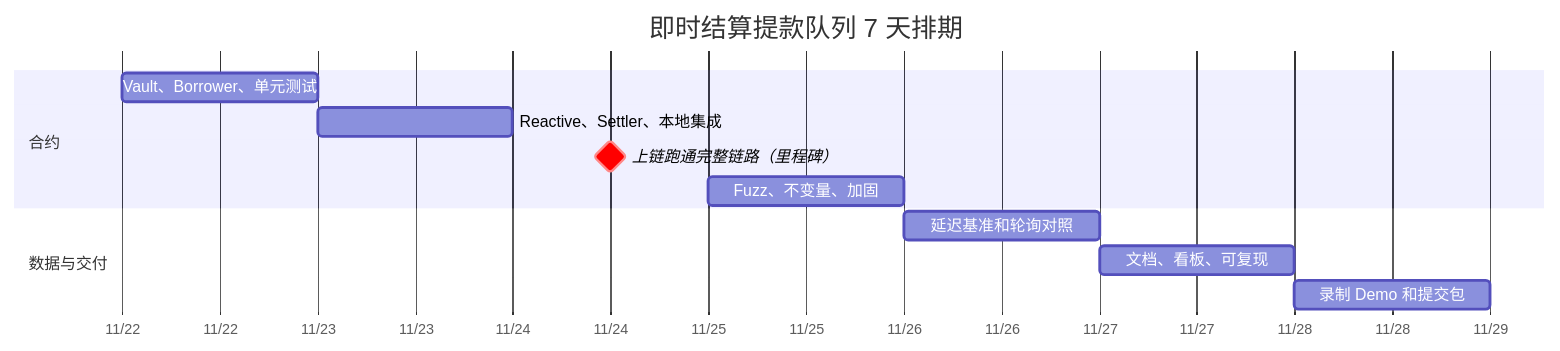
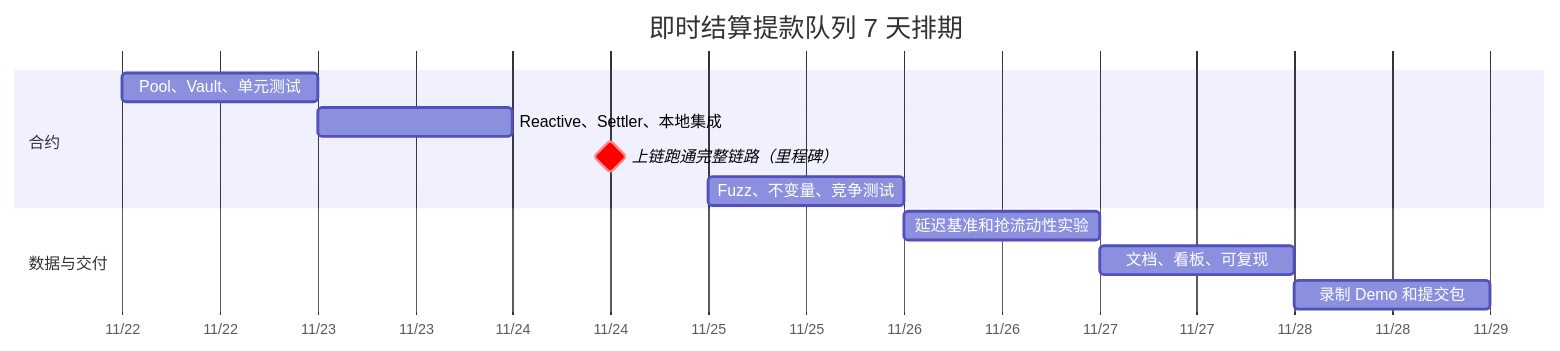
The fifth of 5 diagrams in docs/即时结算提款队列-产品与技术方案.md (debugzhao/reactive-hackathon), drawn with Mermaid before and after one commit. The commit also changed other lines of this file, not shown here.

````diff
--- a/docs/即时结算提款队列-产品与技术方案.md
+++ b/docs/即时结算提款队列-产品与技术方案.md
@@ -792,15 +917,15 @@
 ```mermaid
 gantt
     title 即时结算提款队列 7 天排期
     dateFormat YYYY-MM-DD
     axisFormat %m/%d
     section 合约
-    Vault、Borrower、单元测试        :d1, 2026-11-22, 1d
+    Pool、Vault、单元测试            :d1, 2026-11-22, 1d
     Reactive、Settler、本地集成      :d2, 2026-11-23, 1d
     上链跑通完整链路（里程碑）       :crit, milestone, d3, 2026-11-24, 1d
-    Fuzz、不变量、加固               :d4, 2026-11-25, 1d
+    Fuzz、不变量、竞争测试           :d4, 2026-11-25, 1d
     section 数据与交付
-    延迟基准和轮询对照               :d5, 2026-11-26, 1d
+    延迟基准和抢流动性实验           :d5, 2026-11-26, 1d
     文档、看板、可复现               :d6, 2026-11-27, 1d
     录制 Demo 和提交包               :d7, 2026-11-28, 1d
 ```
````
